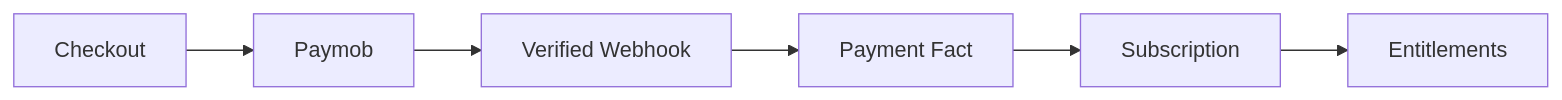
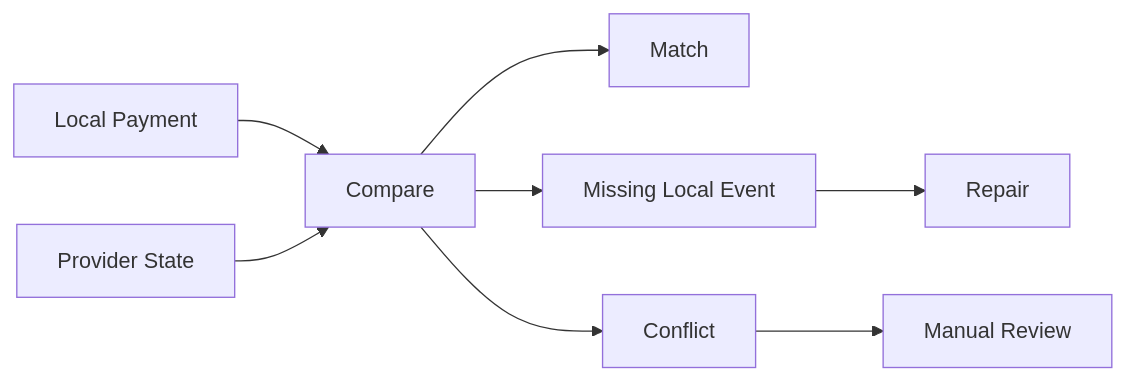
Before and after one commit to D-engahmed/OMILINKS: the third of 3 diagrams in docs/integrations/paymob.md, drawn with Mermaid. The commit also changed other lines of this file and 2 other files, not shown here.

Commit message:
docs: deepen sms paymob and n8n integrations

````diff
--- a/docs/integrations/paymob.md
+++ b/docs/integrations/paymob.md
@@ -13,8 +109,10 @@
-```mermaid
+~~~mermaid
 flowchart LR
-P[Checkout] --> PM[Paymob]
-PM --> WH[Verified Webhook]
-WH --> PAY[Payment Fact]
-PAY --> SUB[Subscription]
-SUB --> ENT[Entitlements]
-```
+LOCAL[Local Payment] --> COMPARE[Compare]
+PROVIDER[Provider State] --> COMPARE
+COMPARE --> MATCH[Match]
+COMPARE --> MISSING[Missing Local Event]
+COMPARE --> CONFLICT[Conflict]
+MISSING --> REPAIR[Repair]
+CONFLICT --> REVIEW[Manual Review]
+~~~
````
